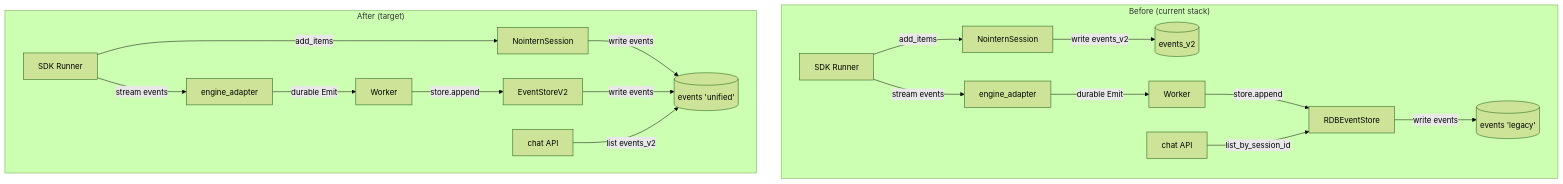
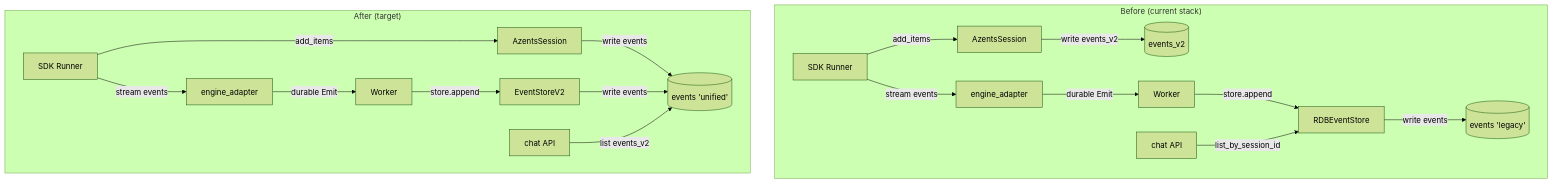
The diagram in docs/azents/design/function-260429-function-call-output-item.md (azents/azents), drawn with Mermaid (forest theme) before and after one commit. The commit also changed other lines of this file and 245 other files, not shown here.

````diff
--- a/docs/azents/design/function-260429-function-call-output-item.md
+++ b/docs/azents/design/function-260429-function-call-output-item.md
@@ -131,22 +131,22 @@
 ```mermaid
 flowchart TD
     subgraph "Before (current stack)"
-        A1[SDK Runner] -->|add_items| B1[NointernSession]
+        A1[SDK Runner] -->|add_items| B1[AzentsSession]
         B1 -->|write events_v2| T1[(events_v2)]
         A1 -->|stream events| C1[engine_adapter]
         C1 -->|durable Emit| D1[Worker]
         D1 -->|store.append| E1[RDBEventStore]
         E1 -->|write events| T2[(events 'legacy')]
         F1[chat API] -->|list_by_session_id| E1
     end
 
     subgraph "After (target)"
-        A2[SDK Runner] -->|add_items| B2[NointernSession]
+        A2[SDK Runner] -->|add_items| B2[AzentsSession]
         B2 -->|write events| T3[(events 'unified')]
         A2 -->|stream events| C2[engine_adapter]
         C2 -->|durable Emit| D2[Worker]
         D2 -->|store.append| E2[EventStoreV2]
         E2 -->|write events| T3
         F2[chat API] -->|list events_v2| T3
     end
 ```
````
